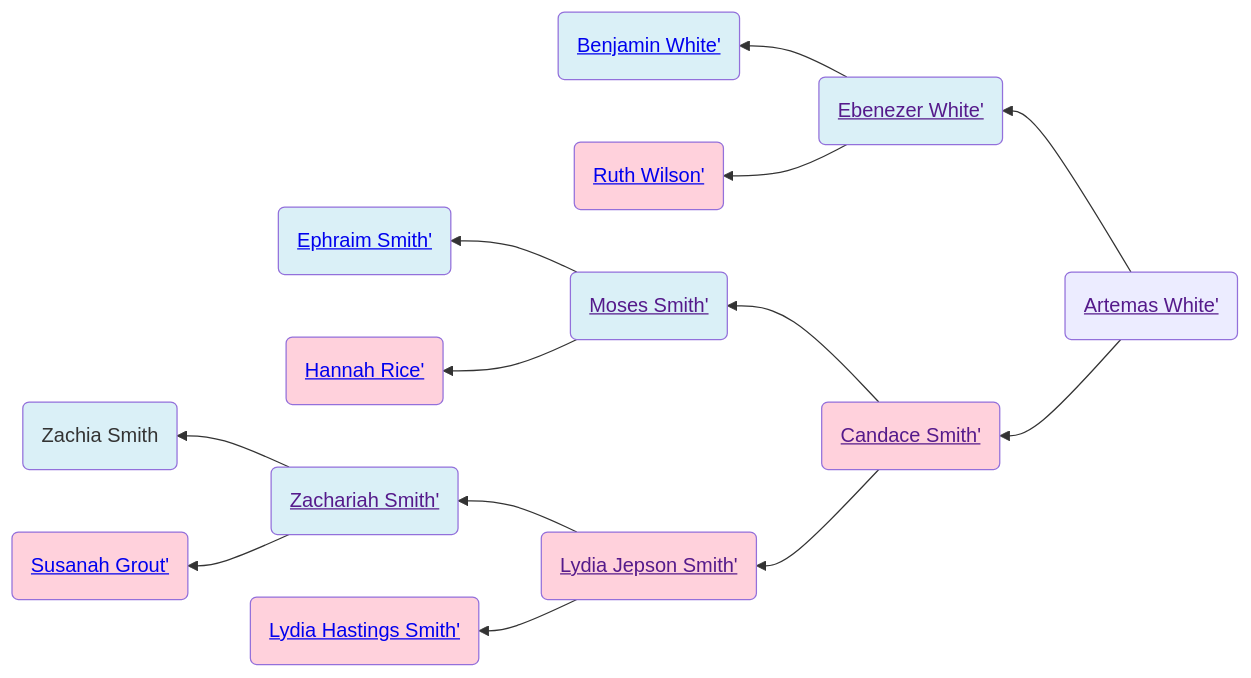
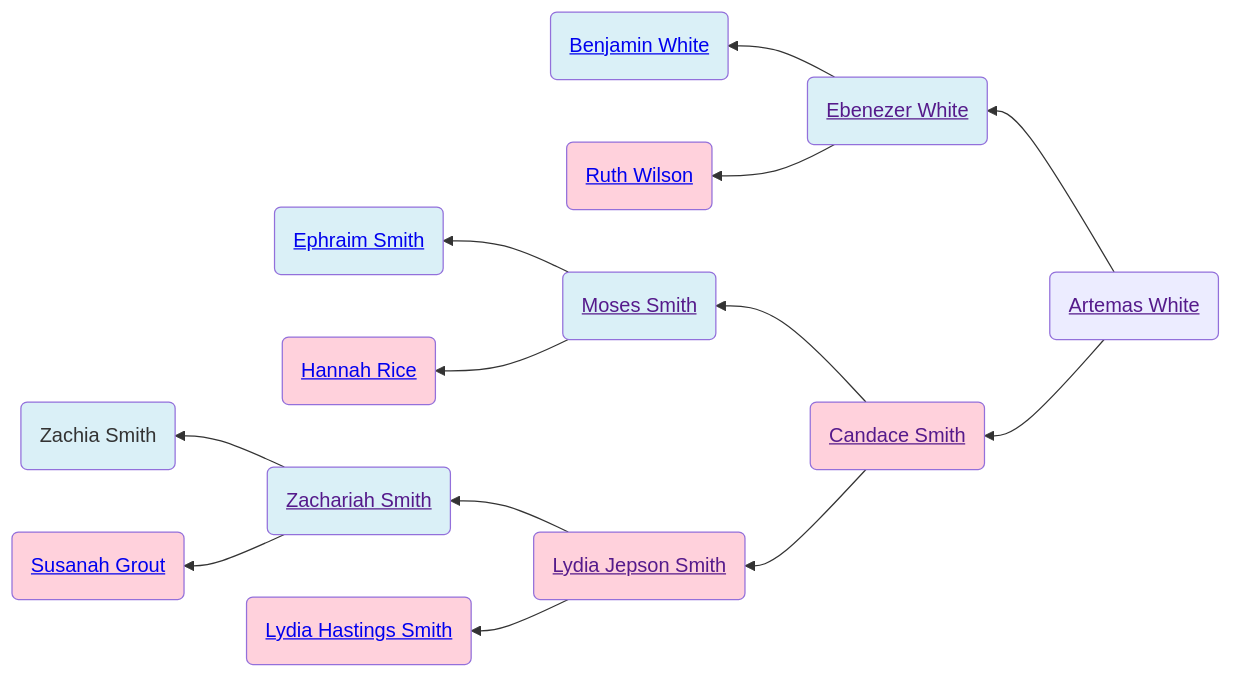
One commit to neelsmith/avocational changed the diagram in familyhistory/sources/people/Merrill-line/White-line/Artemas_White.qmd. Above: the diagram before and after it, drawn with Mermaid. The commit also changed 96 other files, not shown here.

````diff
--- a/familyhistory/sources/people/Merrill-line/White-line/Artemas_White.qmd
+++ b/familyhistory/sources/people/Merrill-line/White-line/Artemas_White.qmd
@@ -19,32 +19,32 @@
 ```{mermaid}
 graph RL
 %% RL ancestor diagram
-Artemas_White(<a href=''>Artemas White'</>) -->  Ebenezer_White(<a href='./Ebenezer_White.html'>Ebenezer White'</>)
-Ebenezer_White(<a href=''>Ebenezer White'</>) -->  Benjamin_White(<a href='./Benjamin_White.html'>Benjamin White'</>)
+Artemas_White(<a href=''>Artemas White</a>) -->  Ebenezer_White(<a href='./Ebenezer_White.html'>Ebenezer White</a>)
+Ebenezer_White(<a href=''>Ebenezer White</a>) -->  Benjamin_White(<a href='./Benjamin_White.html'>Benjamin White</a>)
 class Benjamin_White father
-Ebenezer_White(<a href=''>Ebenezer White'</>)  --> Ruth_Wilson(<a href='./Wilson-line/Ruth_Wilson.html'>Ruth Wilson'</>)
+Ebenezer_White(<a href=''>Ebenezer White</a>)  --> Ruth_Wilson(<a href='./Wilson-line/Ruth_Wilson.html'>Ruth Wilson</a>)
 class Ruth_Wilson mother
 class Ebenezer_White father
-Artemas_White(<a href=''>Artemas White'</>)  --> Candace_Smith(<a href='./Candace-Smith-line/Candace_Smith.html'>Candace Smith'</>)
-Candace_Smith(<a href=''>Candace Smith'</>) -->  Moses_Smith(<a href='./../../../Moses_Smith_connections/Moses_Smith.html'>Moses Smith'</>)
-Moses_Smith(<a href=''>Moses Smith'</>) -->  Ephraim_Smith(<a href='./../Merrill-line/White-line/Candace-Smith-line/Ephraim_Smith.html'>Ephraim Smith'</>)
+Artemas_White(<a href=''>Artemas White</a>)  --> Candace_Smith(<a href='./Candace-Smith-line/Candace_Smith.html'>Candace Smith</a>)
+Candace_Smith(<a href=''>Candace Smith</a>) -->  Moses_Smith(<a href='./../../../Moses_Smith_connections/Moses_Smith.html'>Moses Smith</a>)
+Moses_Smith(<a href=''>Moses Smith</a>) -->  Ephraim_Smith(<a href='./../Merrill-line/White-line/Candace-Smith-line/Ephraim_Smith.html'>Ephraim Smith</a>)
 class Ephraim_Smith father
-Moses_Smith(<a href=''>Moses Smith'</>)  --> Hannah_Rice(<a href='./../Merrill-line/White-line/Candace-Smith-line/Hannah_Rice.html'>Hannah Rice'</>)
+Moses_Smith(<a href=''>Moses Smith</a>)  --> Hannah_Rice(<a href='./../Merrill-line/White-line/Candace-Smith-line/Hannah_Rice.html'>Hannah Rice</a>)
 class Hannah_Rice mother
 class Moses_Smith father
-Candace_Smith(<a href=''>Candace Smith'</>)  --> Lydia_Jepson_Smith(<a href='./Lydia_Jepson_Smith.html'>Lydia Jepson Smith'</>)
-Lydia_Jepson_Smith(<a href=''>Lydia Jepson Smith'</>) -->  Zachariah_Smith(<a href='./Zachariah_Smith.html'>Zachariah Smith'</>)
-Zachariah_Smith(<a href=''>Zachariah Smith'</>) -->  Zachia_Smith(Zachia Smith)
+Candace_Smith(<a href=''>Candace Smith</a>)  --> Lydia_Jepson_Smith(<a href='./Lydia_Jepson_Smith.html'>Lydia Jepson Smith</a>)
+Lydia_Jepson_Smith(<a href=''>Lydia Jepson Smith</a>) -->  Zachariah_Smith(<a href='./Zachariah_Smith.html'>Zachariah Smith</a>)
+Zachariah_Smith(<a href=''>Zachariah Smith</a>) -->  Zachia_Smith(Zachia Smith)
 class Zachia_Smith father
-Zachariah_Smith(<a href=''>Zachariah Smith'</>)  --> Susanah_Grout(<a href='./../../Susanah_Grout.html'>Susanah Grout'</>)
+Zachariah_Smith(<a href=''>Zachariah Smith</a>)  --> Susanah_Grout(<a href='./../../Susanah_Grout.html'>Susanah Grout</a>)
 class Susanah_Grout mother
 class Zachariah_Smith father
-Lydia_Jepson_Smith(<a href=''>Lydia Jepson Smith'</>)  --> Lydia_Hastings_Smith(<a href='./Lydia_Hastings_Smith.html'>Lydia Hastings Smith'</>)
+Lydia_Jepson_Smith(<a href=''>Lydia Jepson Smith</a>)  --> Lydia_Hastings_Smith(<a href='./Lydia_Hastings_Smith.html'>Lydia Hastings Smith</a>)
 class Lydia_Hastings_Smith mother
 class Lydia_Jepson_Smith mother
 class Candace_Smith mother
 classDef mother fill:#ffd1dc
 classDef father fill:#daf0f7  
 classDef marriage fill:#ffffff
 
 ```
````
